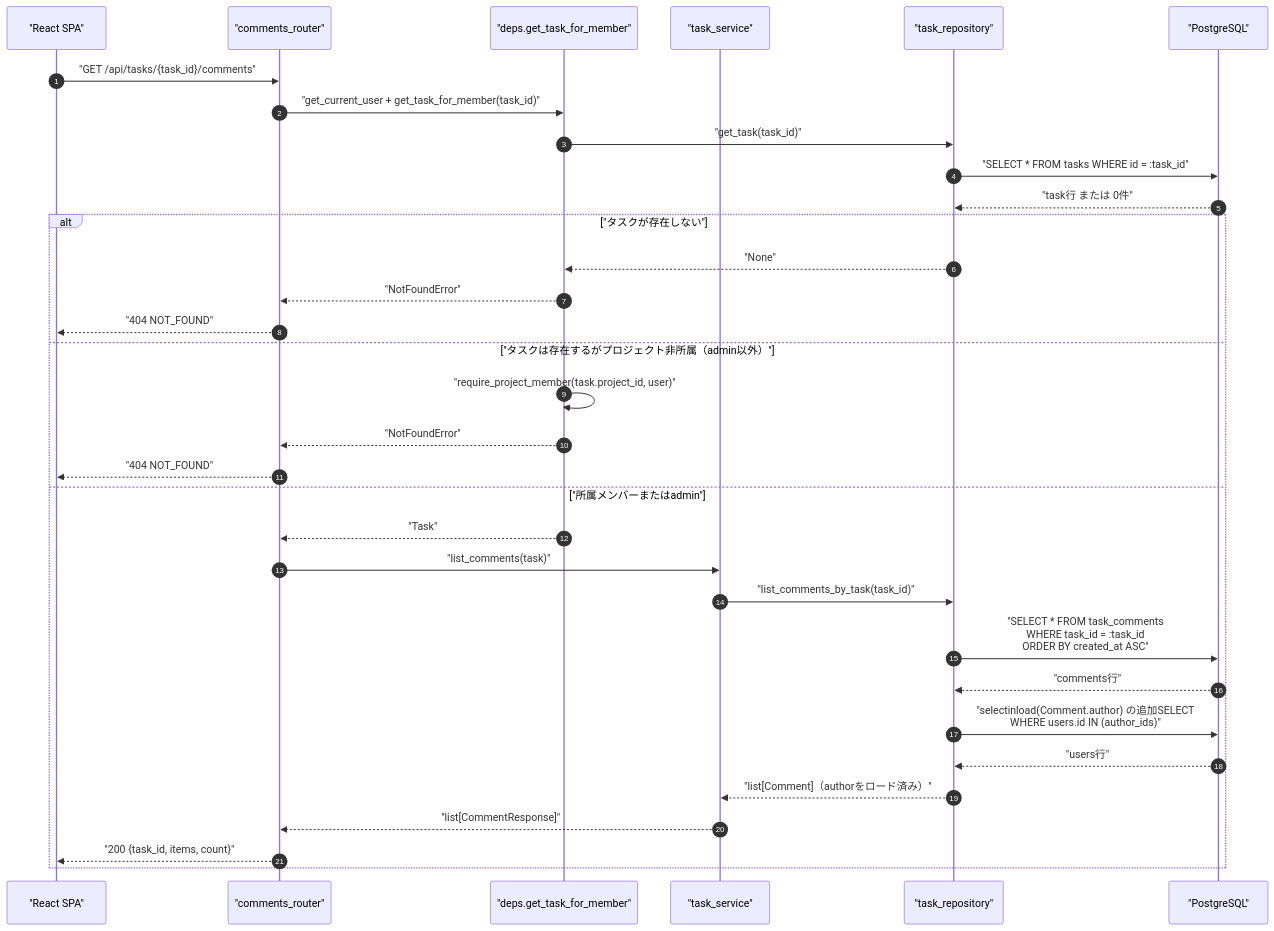
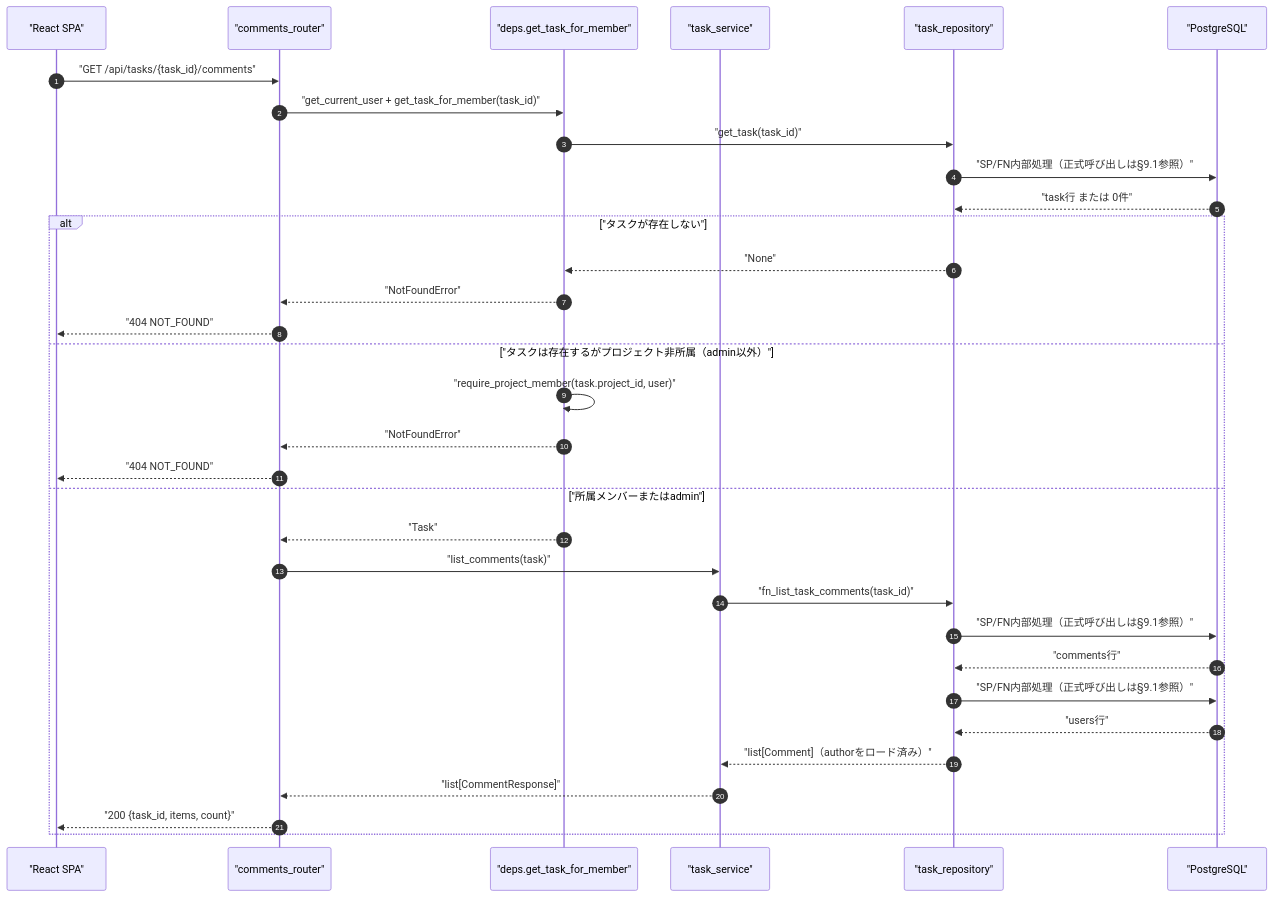
The first of 4 diagrams in detailed_design/api/tasks/06_get_task_comments.md (oikawa-d/task_management), drawn with Mermaid before and after one commit. The commit also changed other lines of this file and 58 other files, not shown here.

````diff
--- a/detailed_design/api/tasks/06_get_task_comments.md
+++ b/detailed_design/api/tasks/06_get_task_comments.md
@@ -104,36 +104,36 @@
 ```mermaid
 sequenceDiagram
     autonumber
     participant FE as "React SPA"
     participant R as "comments_router"
     participant D as "deps.get_task_for_member"
     participant S as "task_service"
     participant TR as "task_repository"
     participant PG as "PostgreSQL"
 
     FE->>R: "GET /api/tasks/{task_id}/comments"
     R->>D: "get_current_user + get_task_for_member(task_id)"
     D->>TR: "get_task(task_id)"
-    TR->>PG: "SELECT * FROM tasks WHERE id = :task_id"
+    TR->>PG: "SP/FN内部処理（正式呼び出しは§9.1参照）"
     PG-->>TR: "task行 または 0件"
     alt "タスクが存在しない"
         TR-->>D: "None"
         D-->>R: "NotFoundError"
         R-->>FE: "404 NOT_FOUND"
     else "タスクは存在するがプロジェクト非所属（admin以外）"
         D->>D: "require_project_member(task.project_id, user)"
         D-->>R: "NotFoundError"
         R-->>FE: "404 NOT_FOUND"
     else "所属メンバーまたはadmin"
         D-->>R: "Task"
         R->>S: "list_comments(task)"
-        S->>TR: "list_comments_by_task(task_id)"
-        TR->>PG: "SELECT * FROM task_comments<br/>WHERE task_id = :task_id<br/>ORDER BY created_at ASC"
+        S->>TR: "fn_list_task_comments(task_id)"
+        TR->>PG: "SP/FN内部処理（正式呼び出しは§9.1参照）"
         PG-->>TR: "comments行"
-        TR->>PG: "selectinload(Comment.author) の追加SELECT<br/>WHERE users.id IN (author_ids)"
+        TR->>PG: "SP/FN内部処理（正式呼び出しは§9.1参照）"
         PG-->>TR: "users行"
         TR-->>S: "list[Comment]（authorをロード済み）"
         S-->>R: "list[CommentResponse]"
         R-->>FE: "200 {task_id, items, count}"
     end
 ```
````
